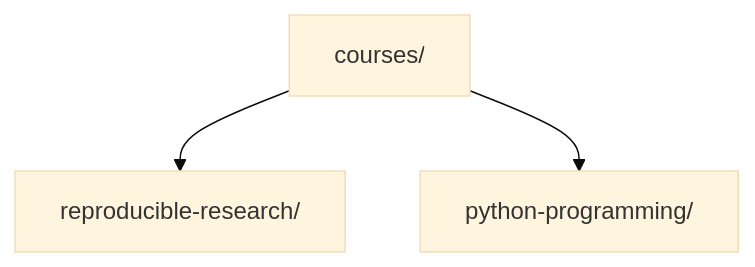
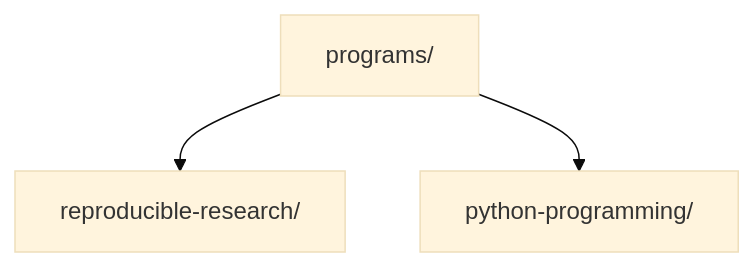
The diagram in docs/index.md (bijux/bijux-masterclass), drawn with Mermaid (base theme) before and after one commit. The commit also changed other lines of this file and 1327 other files, not shown here.

Commit message:
refactor(repo): rename courses to programs and refresh branding

````diff
--- a/docs/index.md
+++ b/docs/index.md
@@ -30,6 +30,6 @@
 ```mermaid
 graph TD
-  courses["courses/"]
+  courses["programs/"]
   courses --> research["reproducible-research/"]
   courses --> python["python-programming/"]
 ```
````
